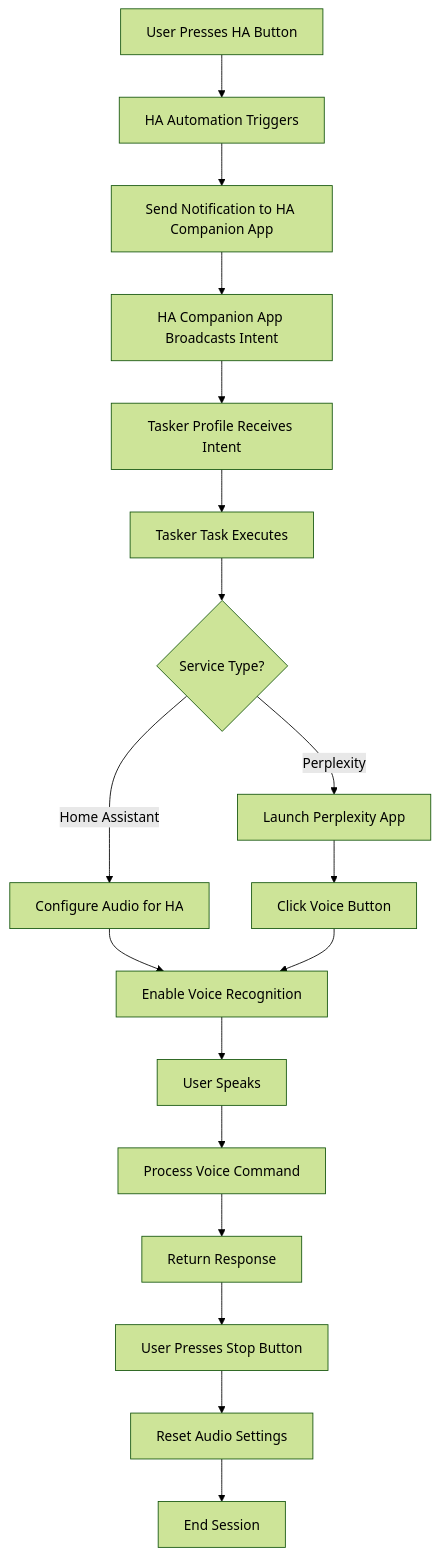
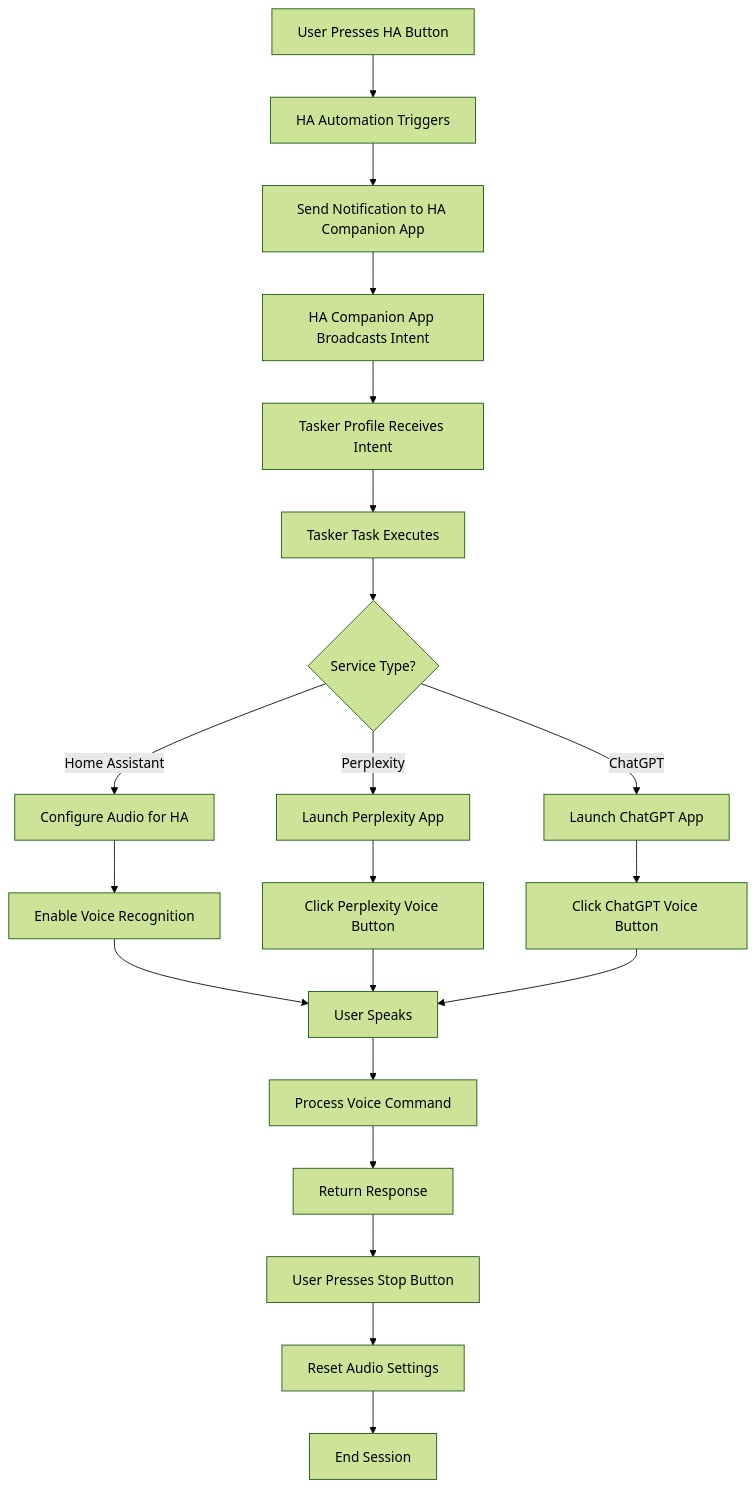
One commit to mirecekd/tesla-kecal changed the diagram in README.md. Above: the diagram before and after it, drawn with Mermaid (forest theme). The commit also changed other lines of this file and 4 other files, not shown here.

````diff
--- a/README.md
+++ b/README.md
@@ -374,20 +434,23 @@
 ```mermaid
 graph TD
     A[User Presses HA Button] --> B[HA Automation Triggers]
     B --> C[Send Notification to HA Companion App]
     C --> D[HA Companion App Broadcasts Intent]
     D --> E[Tasker Profile Receives Intent]
     E --> F[Tasker Task Executes]
     F --> G{Service Type?}
     G -->|Home Assistant| H[Configure Audio for HA]
     G -->|Perplexity| I[Launch Perplexity App]
-    H --> J[Enable Voice Recognition]
-    I --> K[Click Voice Button]
-    K --> J
-    J --> L[User Speaks]
-    L --> M[Process Voice Command]
-    M --> N[Return Response]
-    N --> O[User Presses Stop Button]
-    O --> P[Reset Audio Settings]
-    P --> Q[End Session]
+    G -->|ChatGPT| J[Launch ChatGPT App]
+    H --> K[Enable Voice Recognition]
+    I --> L[Click Perplexity Voice Button]
+    J --> M[Click ChatGPT Voice Button]
+    K --> N[User Speaks]
+    L --> N
+    M --> N
+    N --> O[Process Voice Command]
+    O --> P[Return Response]
+    P --> Q[User Presses Stop Button]
+    Q --> R[Reset Audio Settings]
+    R --> S[End Session]
 ```
````
